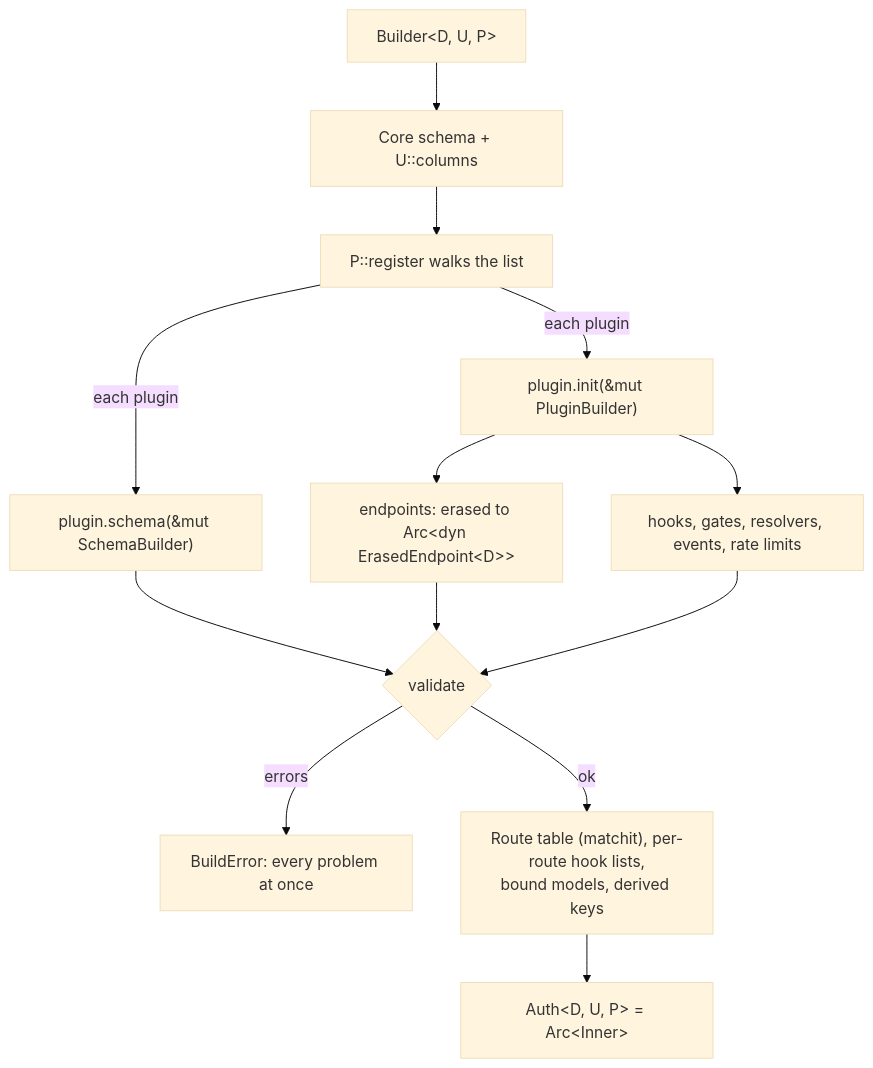
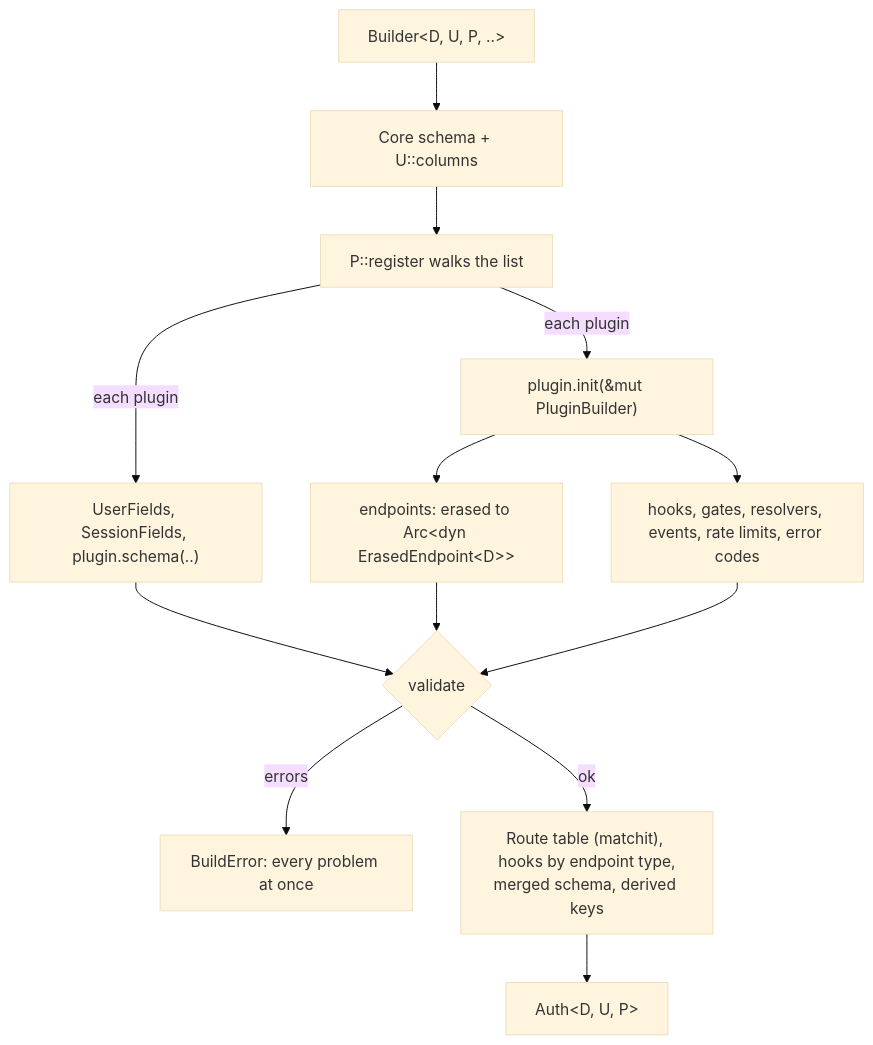
Before and after one commit to lassejlv/fastauth: the first of 2 diagrams in docs/08-internals.md, drawn with Mermaid (base theme). The commit also changed other lines of this file and 25 other files, not shown here.

````diff
--- a/docs/08-internals.md
+++ b/docs/08-internals.md
@@ -108,15 +126,15 @@
 ```mermaid
 flowchart TD
-    B["Builder&lt;D, U, P&gt;"] --> S[Core schema + U::columns]
+    B["Builder&lt;D, U, P, ..&gt;"] --> S[Core schema + U::columns]
     S --> W["P::register walks the list"]
-    W -->|each plugin| PS["plugin.schema(&mut SchemaBuilder)"]
+    W -->|each plugin| PS["UserFields, SessionFields, plugin.schema(..)"]
     W -->|each plugin| PI["plugin.init(&mut PluginBuilder)"]
     PI --> E["endpoints: erased to Arc&lt;dyn ErasedEndpoint&lt;D&gt;&gt;"]
-    PI --> H["hooks, gates, resolvers, events, rate limits"]
+    PI --> H["hooks, gates, resolvers, events, rate limits, error codes"]
     PS --> V{validate}
     E --> V
     H --> V
     V -->|errors| X[BuildError: every problem at once]
-    V -->|ok| R["Route table (matchit), per-route hook lists,<br/>bound models, derived keys"]
-    R --> A["Auth&lt;D, U, P&gt; = Arc&lt;Inner&gt;"]
+    V -->|ok| R["Route table (matchit), hooks by endpoint type,<br/>merged schema, derived keys"]
+    R --> A["Auth&lt;D, U, P&gt;"]
 ```
````
